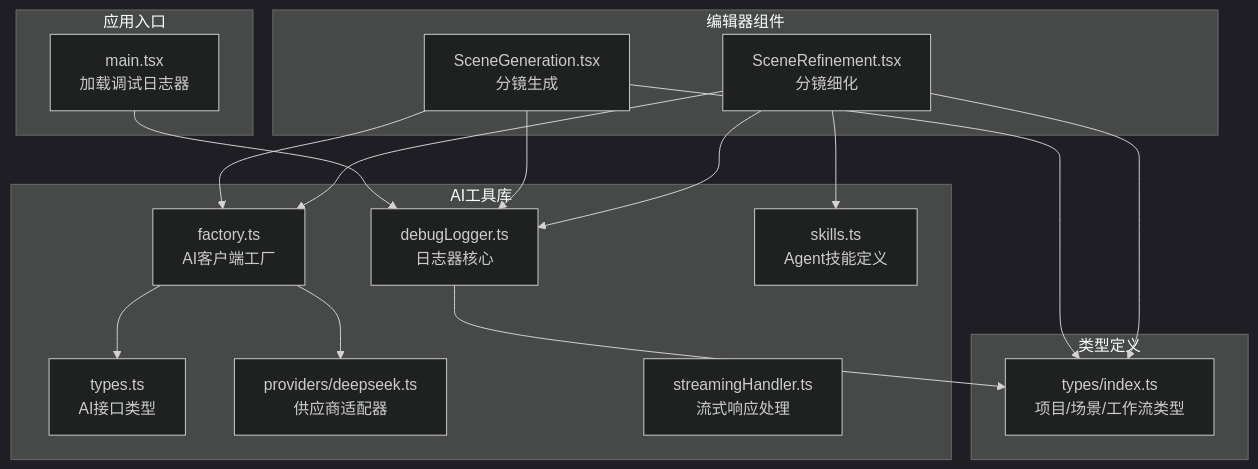
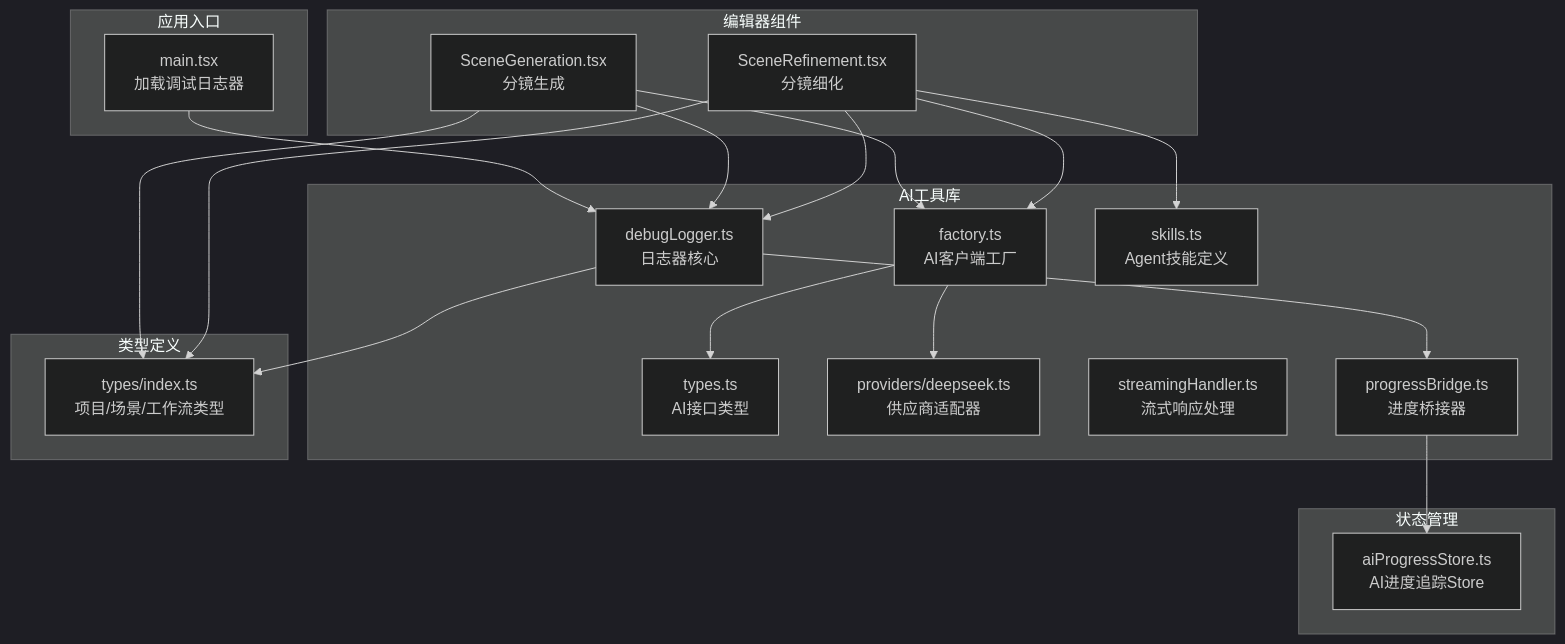
The first of 9 diagrams in .qoder/repowiki/zh/content/技术架构/AI调试日志器.md (leonaiuv/aixsss), drawn with Mermaid (dark theme) before and after one commit. The commit also changed other lines of this file and 9 other files, not shown here.

Commit message:
查询、导出与优化建议 - 完善调用流程图与架构文档，详述事件驱动和状态管理的设计理念与实现细节

````diff
--- a/.qoder/repowiki/zh/content/技术架构/AI调试日志器.md
+++ b/.qoder/repowiki/zh/content/技术架构/AI调试日志器.md
@@ -36,32 +45,38 @@
 ```mermaid
 graph TB
 subgraph "应用入口"
 M["main.tsx<br/>加载调试日志器"]
 end
 subgraph "AI工具库"
 D["debugLogger.ts<br/>日志器核心"]
 F["factory.ts<br/>AI客户端工厂"]
 T["types.ts<br/>AI接口类型"]
 S["skills.ts<br/>Agent技能定义"]
 P["providers/deepseek.ts<br/>供应商适配器"]
 H["streamingHandler.ts<br/>流式响应处理"]
+PB["progressBridge.ts<br/>进度桥接器"]
+end
+subgraph "状态管理"
+APS["aiProgressStore.ts<br/>AI进度追踪Store"]
 end
 subgraph "编辑器组件"
 SG["SceneGeneration.tsx<br/>分镜生成"]
 SR["SceneRefinement.tsx<br/>分镜细化"]
 end
 subgraph "类型定义"
 IT["types/index.ts<br/>项目/场景/工作流类型"]
 end
 M --> D
 SG --> D
 SR --> D
 SG --> F
 SR --> F
 F --> T
 F --> P
 SR --> S
 SG --> IT
 SR --> IT
 D --> IT
+D --> PB
+PB --> APS
 ```
````
